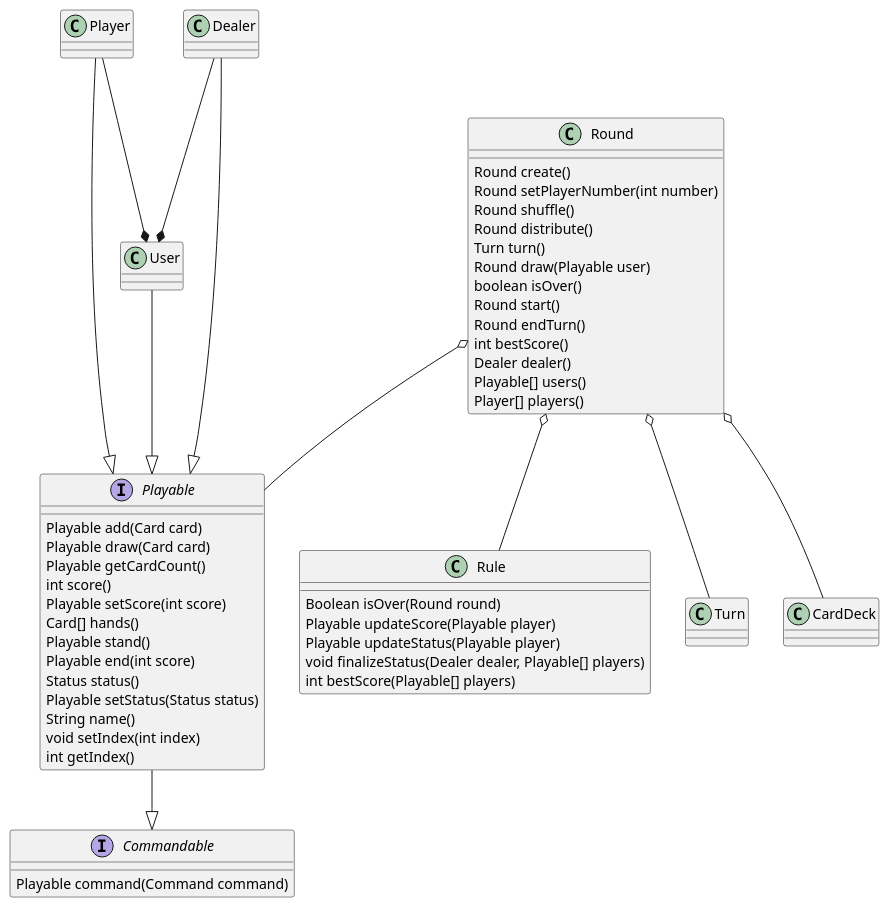
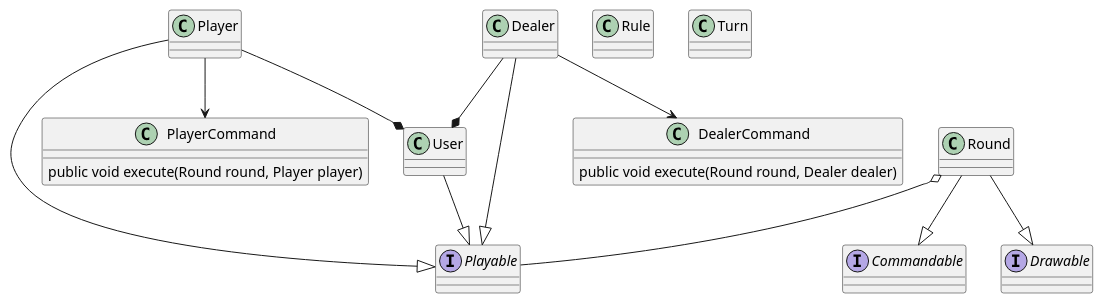
One commit to jaeyeon-jo-kr/Re.TDD changed the diagram in tdd-blackjack/doc/classDiagram.puml. Above: the diagram before and after it, drawn with PlantUML. The commit also changed 1 other file, not shown here.

```diff
--- a/tdd-blackjack/doc/classDiagram.puml
+++ b/tdd-blackjack/doc/classDiagram.puml
@@ -1,60 +1,43 @@
-@startuml
+@startuml classDiagram
 Interface Playable {
-    Playable add(Card card)
-    Playable draw(Card card)
-    Playable getCardCount()
-    int score()
-    Playable setScore(int score)
-    Card[] hands()
-    Playable stand()
-    Playable end(int score)
-    Status status()
-    Playable setStatus(Status status)
-    String name()
-    void setIndex(int index)
-    int getIndex()    
+
 }
 Interface Commandable
 {
-    Playable command(Command command)
+    
 }
 
-class Round
+Interface Drawable 
 {
-    Round create()    
-    Round setPlayerNumber(int number)
-    Round shuffle()
-    Round distribute()
-    Turn turn()
-    Round draw(Playable user)    
-    boolean isOver()
-    Round start()
-    Round endTurn()
-    int bestScore()
-    Dealer dealer()
-    Playable[] users()
-    Player[] players()
+
 }
-
+class DealerCommand
+{
+    public void execute(Round round, Dealer dealer)   
+}
+class PlayerCommand
+{
+    public void execute(Round round, Player player)
+}
 class Rule
 {
-    Boolean isOver(Round round)
-    Playable updateScore(Playable player)
-    Playable updateStatus(Playable player)
-    void finalizeStatus(Dealer dealer, Playable[] players)
-    int bestScore(Playable[] players)
+    
 }
 class Turn
 Player --|> Playable
 User --|> Playable
 Dealer --|> Playable
 Round o-- Playable
-Round o-- Turn
-Round o-- Rule
-Round o-- CardDeck
 
-Playable --|> Commandable
 Player --* User
 Dealer --* User
 
+Round --|> Drawable
+Round --|> Commandable
+
+Player --> PlayerCommand
+Dealer --> DealerCommand
+
+
+
 @enduml
```
